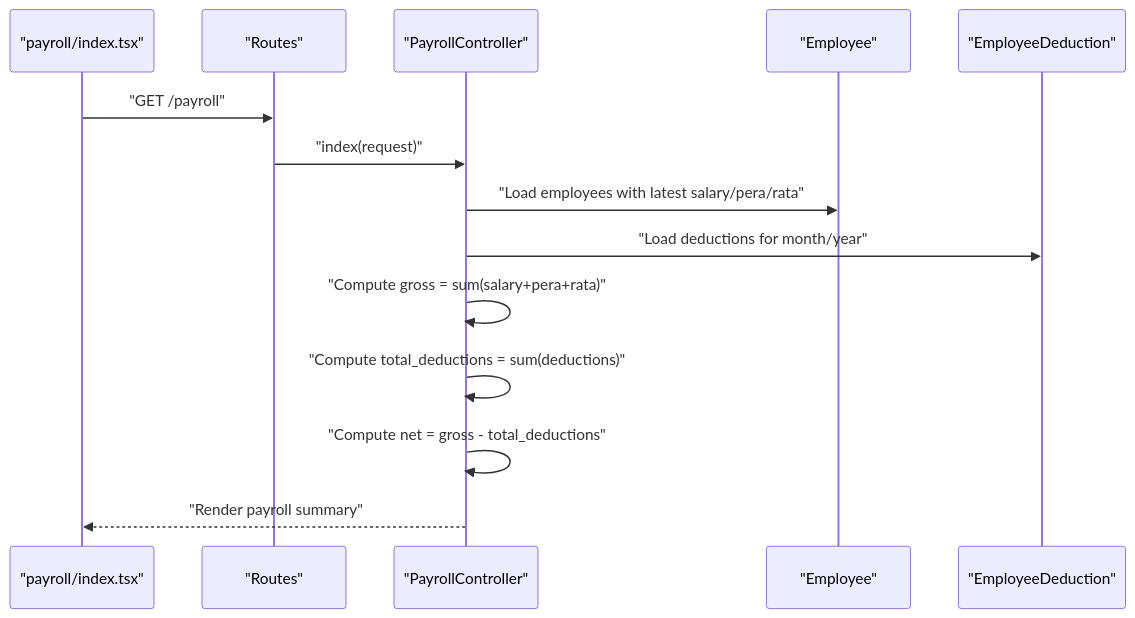
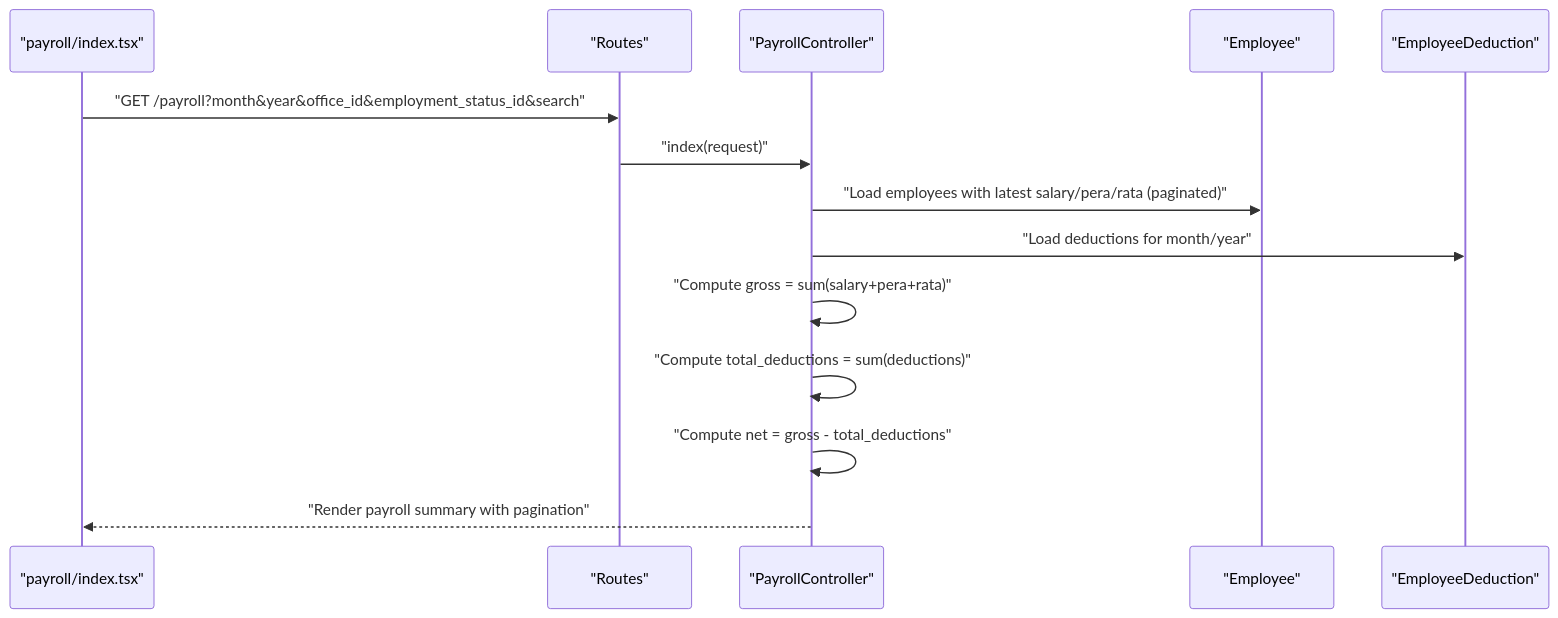
One commit to vincet0t15/template changed the sixth of 7 diagrams in .qoder/repowiki/en/content/Deduction Management/Employee Deduction Tracking.md. Above: the diagram before and after it, drawn with Mermaid. The commit also changed other lines of this file and 3 other files, not shown here.

````diff
--- a/.qoder/repowiki/en/content/Deduction Management/Employee Deduction Tracking.md
+++ b/.qoder/repowiki/en/content/Deduction Management/Employee Deduction Tracking.md
@@ -268,16 +289,16 @@
 ```mermaid
 sequenceDiagram
 participant FE as "payroll/index.tsx"
 participant RT as "Routes"
 participant C as "PayrollController"
 participant E as "Employee"
 participant D as "EmployeeDeduction"
-FE->>RT : "GET /payroll"
+FE->>RT : "GET /payroll?month&year&office_id&employment_status_id&search"
 RT->>C : "index(request)"
-C->>E : "Load employees with latest salary/pera/rata"
+C->>E : "Load employees with latest salary/pera/rata (paginated)"
 C->>D : "Load deductions for month/year"
 C->>C : "Compute gross = sum(salary+pera+rata)"
 C->>C : "Compute total_deductions = sum(deductions)"
 C->>C : "Compute net = gross - total_deductions"
-C-->>FE : "Render payroll summary"
+C-->>FE : "Render payroll summary with pagination"
 ```
````
